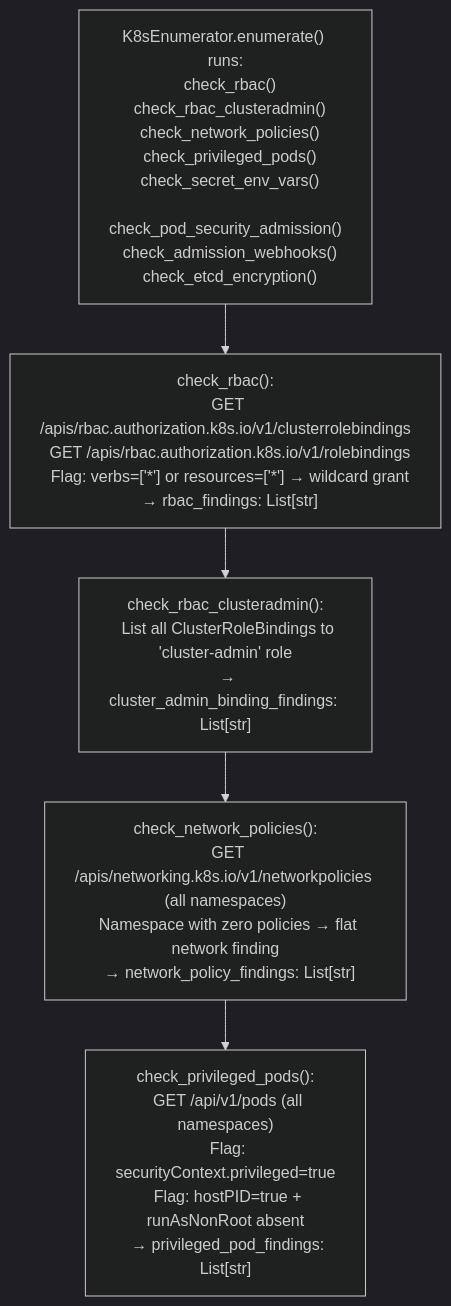
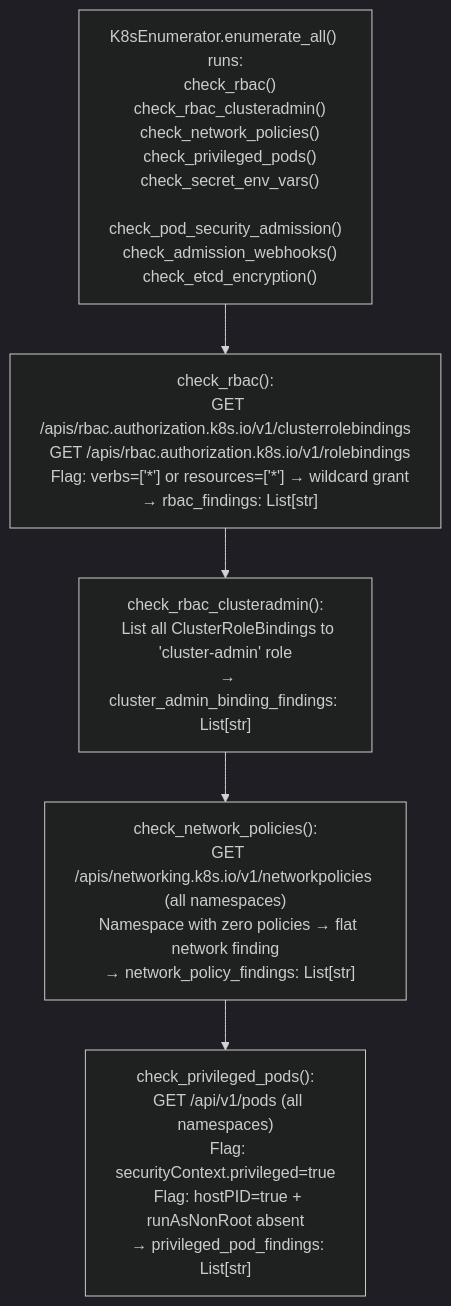
Before and after one commit to Ablation-Tool/ablation: the diagram in docs/reference-modules/kubernetes-policy-posture.md, drawn with Mermaid (dark theme). The commit also changed other lines of this file and 4 other files, not shown here.

````diff
--- a/docs/reference-modules/kubernetes-policy-posture.md
+++ b/docs/reference-modules/kubernetes-policy-posture.md
@@ -19,7 +19,7 @@
 ```mermaid
 flowchart TD
-    A["K8sEnumerator.enumerate() runs:\n  check_rbac()\n  check_rbac_clusteradmin()\n  check_network_policies()\n  check_privileged_pods()\n  check_secret_env_vars()\n  check_pod_security_admission()\n  check_admission_webhooks()\n  check_etcd_encryption()"] --> B["check_rbac():\n  GET /apis/rbac.authorization.k8s.io/v1/clusterrolebindings\n  GET /apis/rbac.authorization.k8s.io/v1/rolebindings\n  Flag: verbs=['*'] or resources=['*'] → wildcard grant\n  → rbac_findings: List[str]"]
+    A["K8sEnumerator.enumerate_all() runs:\n  check_rbac()\n  check_rbac_clusteradmin()\n  check_network_policies()\n  check_privileged_pods()\n  check_secret_env_vars()\n  check_pod_security_admission()\n  check_admission_webhooks()\n  check_etcd_encryption()"] --> B["check_rbac():\n  GET /apis/rbac.authorization.k8s.io/v1/clusterrolebindings\n  GET /apis/rbac.authorization.k8s.io/v1/rolebindings\n  Flag: verbs=['*'] or resources=['*'] → wildcard grant\n  → rbac_findings: List[str]"]
     B --> C["check_rbac_clusteradmin():\n  List all ClusterRoleBindings to 'cluster-admin' role\n  → cluster_admin_binding_findings: List[str]"]
     C --> D["check_network_policies():\n  GET /apis/networking.k8s.io/v1/networkpolicies (all namespaces)\n  Namespace with zero policies → flat network finding\n  → network_policy_findings: List[str]"]
     D --> E["check_privileged_pods():\n  GET /api/v1/pods (all namespaces)\n  Flag: securityContext.privileged=true\n  Flag: hostPID=true + runAsNonRoot absent\n  → privileged_pod_findings: List[str]"]
 ```
````
